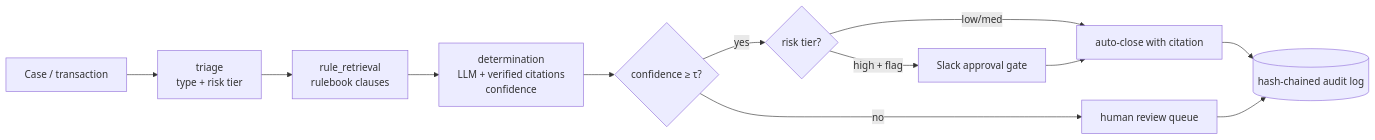
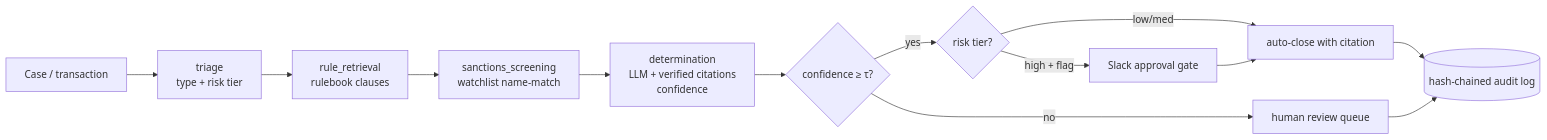
One commit to SebAustin/fsi-compliance-agent changed the diagram in README.md. Above: the diagram before and after it, drawn with Mermaid. The commit also changed other lines of this file and 14 other files, not shown here.

First line of the commit message:
feat(sanctions): deterministic watchlist name-match screening tier (issue #3)

````diff
--- a/README.md
+++ b/README.md
@@ -51,14 +53,15 @@
 ```mermaid
 flowchart LR
     CASE[Case / transaction] --> TR[triage\ntype + risk tier]
     TR --> RR[rule_retrieval\nrulebook clauses]
-    RR --> DET[determination\nLLM + verified citations\nconfidence]
+    RR --> SX[sanctions_screening\nwatchlist name-match]
+    SX --> DET[determination\nLLM + verified citations\nconfidence]
     DET --> AB{confidence ≥ τ?}
     AB -->|no| HR[human review queue]
     AB -->|yes| RISK{risk tier?}
     RISK -->|high + flag| AG[Slack approval gate]
     RISK -->|low/med| CLOSE[auto-close with citation]
     AG --> CLOSE
     CLOSE --> AUD[(hash-chained audit log)]
     HR --> AUD
 ```
````
